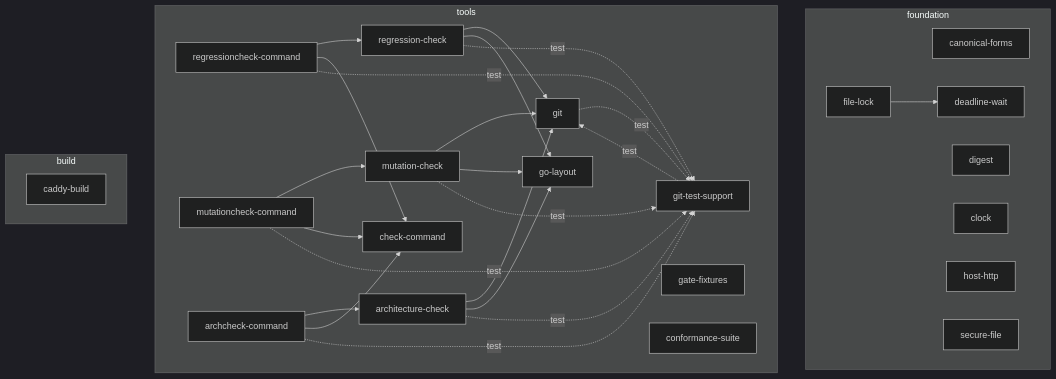
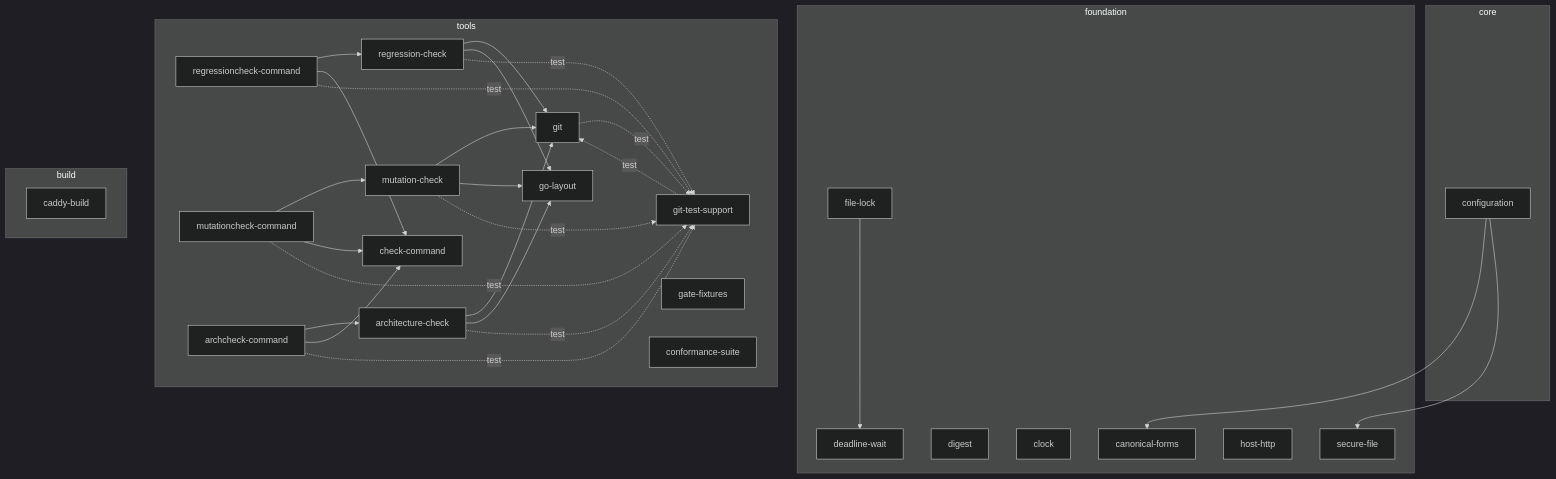
One commit to OpenRAE/lilrae changed the diagram in docs/architecture/go-architecture.md. Above: the diagram before and after it, drawn with Mermaid (dark theme). The commit also changed 17 other files, not shown here.

````diff
--- a/docs/architecture/go-architecture.md
+++ b/docs/architecture/go-architecture.md
@@ -17,50 +17,55 @@
 ```mermaid
 flowchart TB
+    subgraph layer_core[core]
+        component_configuration[configuration]
+    end
     subgraph layer_foundation[foundation]
         component_canonical_forms[canonical-forms]
         component_digest[digest]
         component_clock[clock]
         component_deadline_wait[deadline-wait]
         component_host_http[host-http]
         component_secure_file[secure-file]
         component_file_lock[file-lock]
     end
     subgraph layer_tools[tools]
         component_regressioncheck_command[regressioncheck-command]
         component_mutationcheck_command[mutationcheck-command]
         component_archcheck_command[archcheck-command]
         component_regression_check[regression-check]
         component_mutation_check[mutation-check]
         component_architecture_check[architecture-check]
         component_check_command[check-command]
         component_go_layout[go-layout]
         component_git[git]
         component_git_test_support[git-test-support]
         component_gate_fixtures[gate-fixtures]
         component_conformance_suite[conformance-suite]
     end
     subgraph layer_build[build]
         component_caddy_build[caddy-build]
     end
     component_regressioncheck_command --> component_regression_check
     component_regressioncheck_command --> component_check_command
     component_regressioncheck_command -. test .-> component_git_test_support
     component_mutationcheck_command --> component_mutation_check
     component_mutationcheck_command --> component_check_command
     component_mutationcheck_command -. test .-> component_git_test_support
     component_archcheck_command --> component_architecture_check
     component_archcheck_command --> component_check_command
     component_archcheck_command -. test .-> component_git_test_support
     component_regression_check --> component_git
     component_regression_check --> component_go_layout
     component_regression_check -. test .-> component_git_test_support
     component_mutation_check --> component_git
     component_mutation_check --> component_go_layout
     component_mutation_check -. test .-> component_git_test_support
     component_architecture_check --> component_git
     component_architecture_check --> component_go_layout
     component_architecture_check -. test .-> component_git_test_support
     component_git -. test .-> component_git_test_support
     component_git_test_support -. test .-> component_git
     component_file_lock --> component_deadline_wait
+    component_configuration --> component_canonical_forms
+    component_configuration --> component_secure_file
 ```
````
